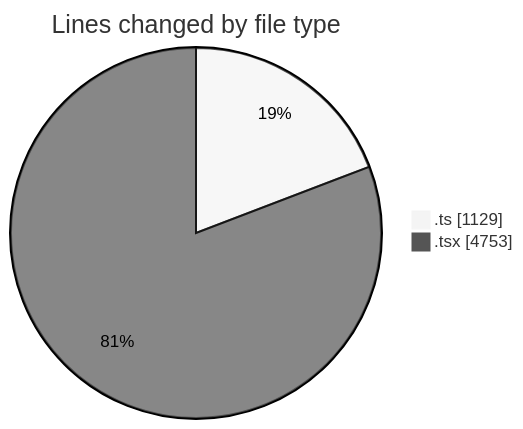
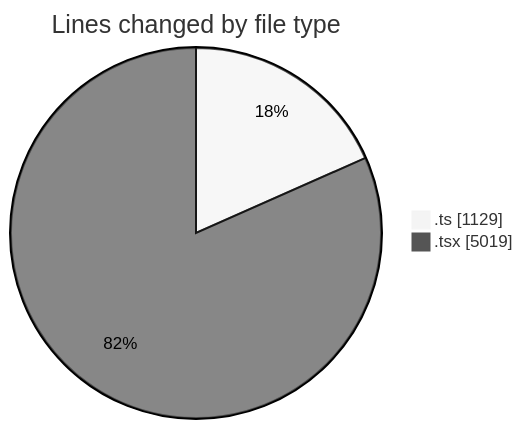
Before and after one commit to momahboobian/code-tracking: the first of 2 diagrams in 2025-09-02/cda/README.md, drawn with Mermaid (neutral theme). The commit also changed other lines of this file and 1 other file, not shown here.

````diff
--- a/2025-09-02/cda/README.md
+++ b/2025-09-02/cda/README.md
@@ -30,6 +30,6 @@
 ```mermaid
 pie showData
 title Lines changed by file type
 ".ts" : 1129
-".tsx" : 4753
+".tsx" : 5019
 ```
````
